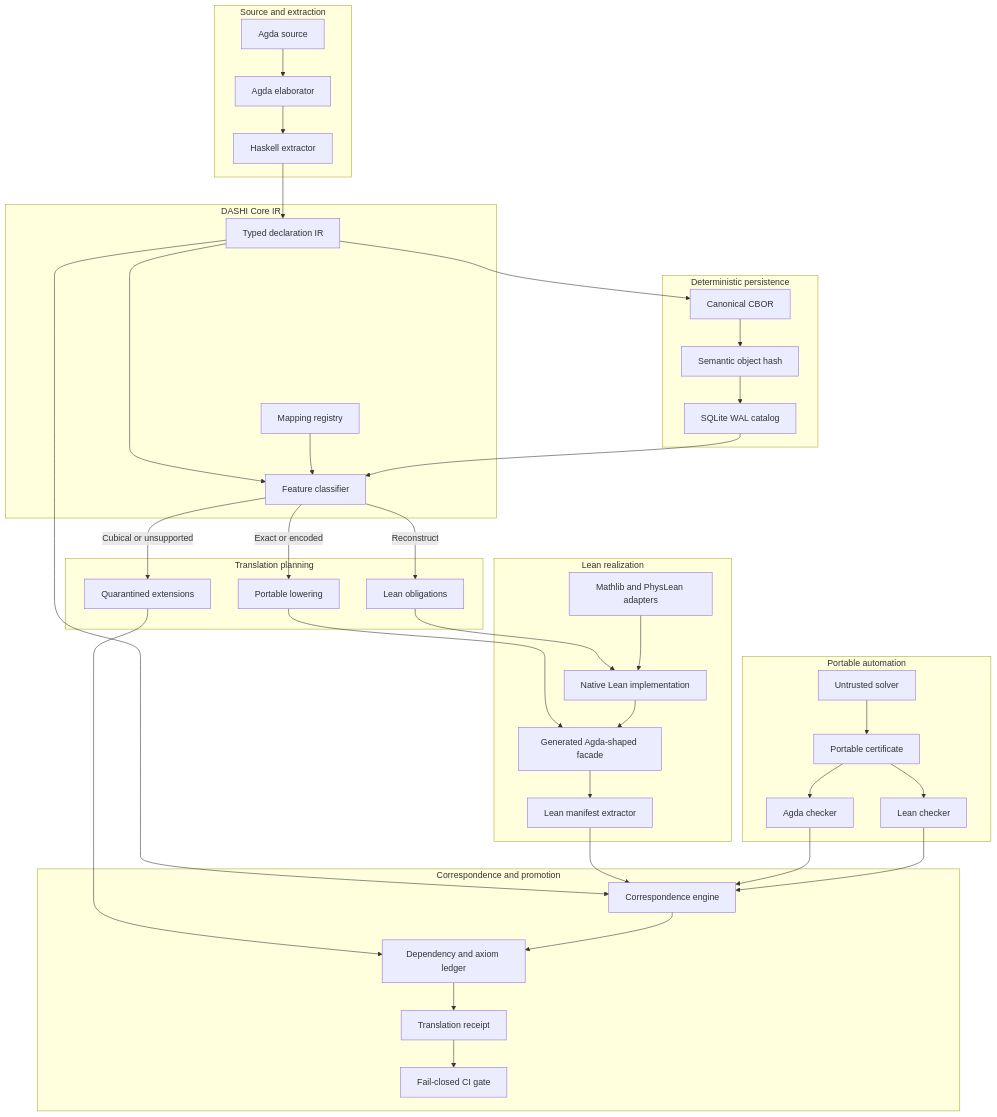
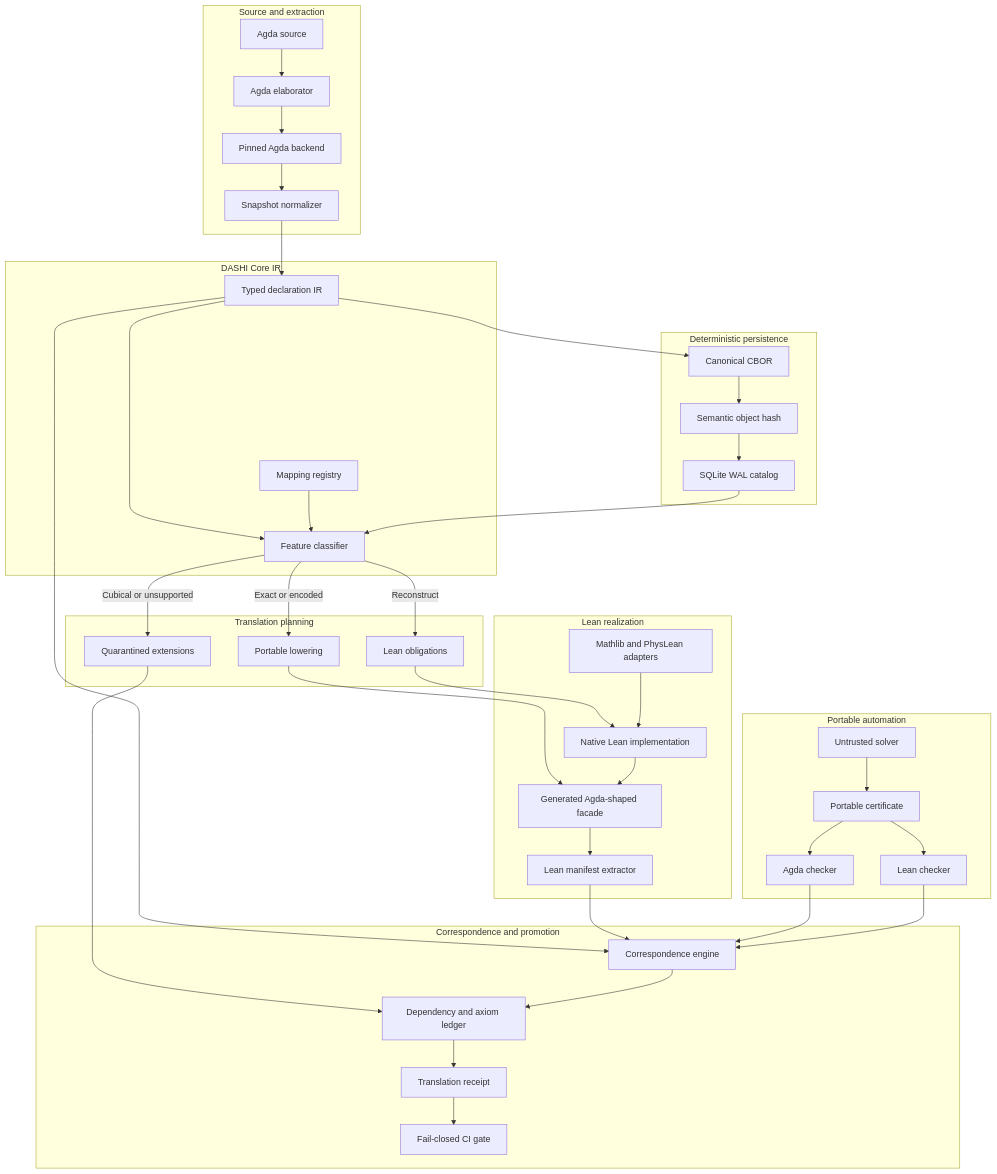
The diagram in architecture.mermaid (chboishabba/agda2lean), drawn with Mermaid before and after one commit. The commit also changed 23 other files, not shown here.

```diff
--- a/architecture.mermaid
+++ b/architecture.mermaid
@@ -1,68 +1,69 @@
 flowchart TD
     subgraph Source["Source and extraction"]
         AS["Agda source"]
         AE["Agda elaborator"]
-        EX["Haskell extractor"]
-        AS --> AE --> EX
+        AB["Pinned Agda backend"]
+        EX["Snapshot normalizer"]
+        AS --> AE --> AB --> EX
     end
 
     subgraph Core["DASHI Core IR"]
         IR["Typed declaration IR"]
         MR["Mapping registry"]
         FP["Feature classifier"]
         EX --> IR
         IR --> FP
         MR --> FP
     end
 
     subgraph Persistence["Deterministic persistence"]
         CB["Canonical CBOR"]
         HS["Semantic object hash"]
         DB["SQLite WAL catalog"]
         IR --> CB --> HS --> DB
         DB --> FP
     end
 
     subgraph Lowering["Translation planning"]
         EQ["Portable lowering"]
         OB["Lean obligations"]
         QX["Quarantined extensions"]
         FP -->|Exact or encoded| EQ
         FP -->|Reconstruct| OB
         FP -->|Cubical or unsupported| QX
     end
 
     subgraph LeanSide["Lean realization"]
         LF["Generated Agda-shaped facade"]
         LN["Native Lean implementation"]
         LA["Mathlib and PhysLean adapters"]
         LI["Lean manifest extractor"]
         EQ --> LF
         OB --> LN
         LA --> LN
         LN --> LF
         LF --> LI
     end
 
     subgraph Certificates["Portable automation"]
         CS["Untrusted solver"]
         CP["Portable certificate"]
         AC["Agda checker"]
         LC["Lean checker"]
         CS --> CP
         CP --> AC
         CP --> LC
     end
 
     subgraph Verification["Correspondence and promotion"]
         CE["Correspondence engine"]
         DL["Dependency and axiom ledger"]
         RC["Translation receipt"]
         CI["Fail-closed CI gate"]
         IR --> CE
         LI --> CE
         AC --> CE
         LC --> CE
         QX --> DL
         CE --> DL --> RC --> CI
     end
```
